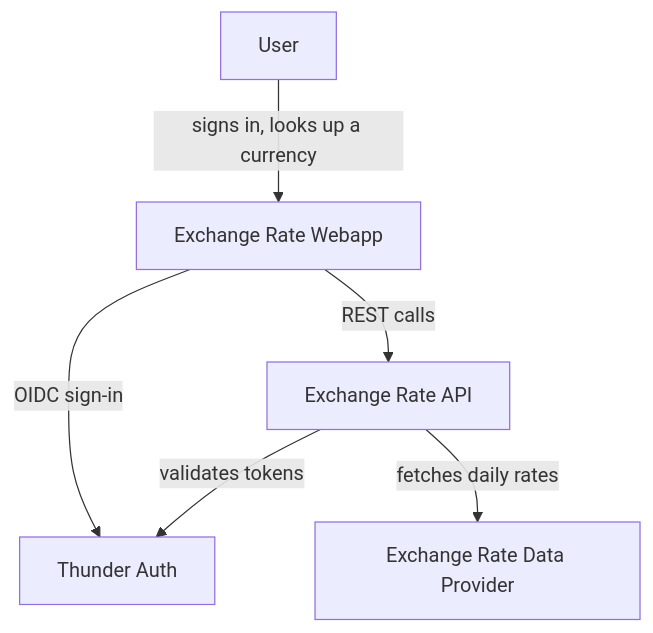
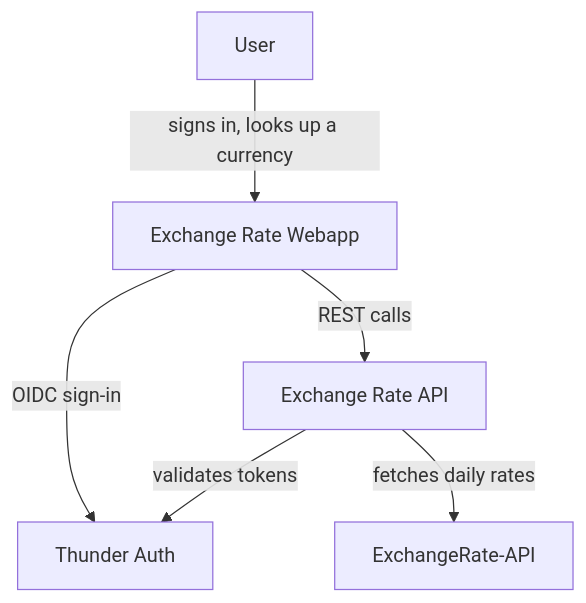
Before and after one commit to app-factory-kaj/webapp-shows-exchange-1: the first of 4 diagrams in specs/design/design.md, drawn with Mermaid. The commit also changed other lines of this file and 2 other files, not shown here.

Commit message:
aep: apply file changes: collab session

````diff
--- a/specs/design/design.md
+++ b/specs/design/design.md
@@ -9,14 +9,14 @@
 ```mermaid
 graph TD
     User[User]
     Webapp[Exchange Rate Webapp]
     API[Exchange Rate API]
     Thunder[Thunder Auth]
-    Provider[Exchange Rate Data Provider]
+    Provider[ExchangeRate-API]
 
     User -->|signs in, looks up a currency| Webapp
     Webapp -->|REST calls| API
     Webapp -->|OIDC sign-in| Thunder
     API -->|validates tokens| Thunder
     API -->|fetches daily rates| Provider
 ```
````
